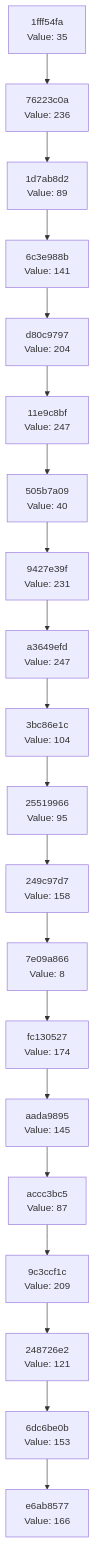
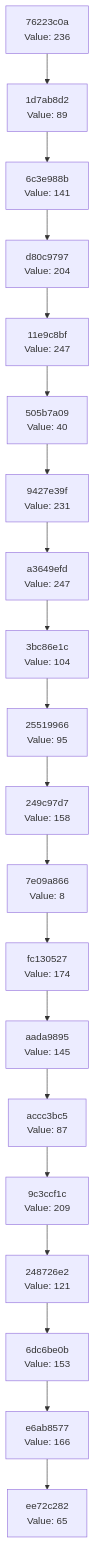
The diagram in docs/CHAIN_VISUALIZATION.md (Abhisheksinha1506/hash-chain-evolver), drawn with Mermaid before and after one commit. The commit also changed 2 other files, not shown here.

Commit message:
Evolution Step

````diff
--- a/docs/CHAIN_VISUALIZATION.md
+++ b/docs/CHAIN_VISUALIZATION.md
@@ -3,42 +3,42 @@
 ```mermaid
 graph TD
-    C0["e6ab8577<br/>Value: 166"]
-    C1["6dc6be0b<br/>Value: 153"]
+    C0["ee72c282<br/>Value: 65"]
+    C1["e6ab8577<br/>Value: 166"]
     C1 --> C0
-    C2["248726e2<br/>Value: 121"]
+    C2["6dc6be0b<br/>Value: 153"]
     C2 --> C1
-    C3["9c3ccf1c<br/>Value: 209"]
+    C3["248726e2<br/>Value: 121"]
     C3 --> C2
-    C4["accc3bc5<br/>Value: 87"]
+    C4["9c3ccf1c<br/>Value: 209"]
     C4 --> C3
-    C5["aada9895<br/>Value: 145"]
+    C5["accc3bc5<br/>Value: 87"]
     C5 --> C4
-    C6["fc130527<br/>Value: 174"]
+    C6["aada9895<br/>Value: 145"]
     C6 --> C5
-    C7["7e09a866<br/>Value: 8"]
+    C7["fc130527<br/>Value: 174"]
     C7 --> C6
-    C8["249c97d7<br/>Value: 158"]
+    C8["7e09a866<br/>Value: 8"]
     C8 --> C7
-    C9["25519966<br/>Value: 95"]
+    C9["249c97d7<br/>Value: 158"]
     C9 --> C8
-    C10["3bc86e1c<br/>Value: 104"]
+    C10["25519966<br/>Value: 95"]
     C10 --> C9
-    C11["a3649efd<br/>Value: 247"]
+    C11["3bc86e1c<br/>Value: 104"]
     C11 --> C10
-    C12["9427e39f<br/>Value: 231"]
+    C12["a3649efd<br/>Value: 247"]
     C12 --> C11
-    C13["505b7a09<br/>Value: 40"]
+    C13["9427e39f<br/>Value: 231"]
     C13 --> C12
-    C14["11e9c8bf<br/>Value: 247"]
+    C14["505b7a09<br/>Value: 40"]
     C14 --> C13
-    C15["d80c9797<br/>Value: 204"]
+    C15["11e9c8bf<br/>Value: 247"]
     C15 --> C14
-    C16["6c3e988b<br/>Value: 141"]
+    C16["d80c9797<br/>Value: 204"]
     C16 --> C15
-    C17["1d7ab8d2<br/>Value: 89"]
+    C17["6c3e988b<br/>Value: 141"]
     C17 --> C16
-    C18["76223c0a<br/>Value: 236"]
+    C18["1d7ab8d2<br/>Value: 89"]
     C18 --> C17
-    C19["1fff54fa<br/>Value: 35"]
+    C19["76223c0a<br/>Value: 236"]
     C19 --> C18
 ```
````
